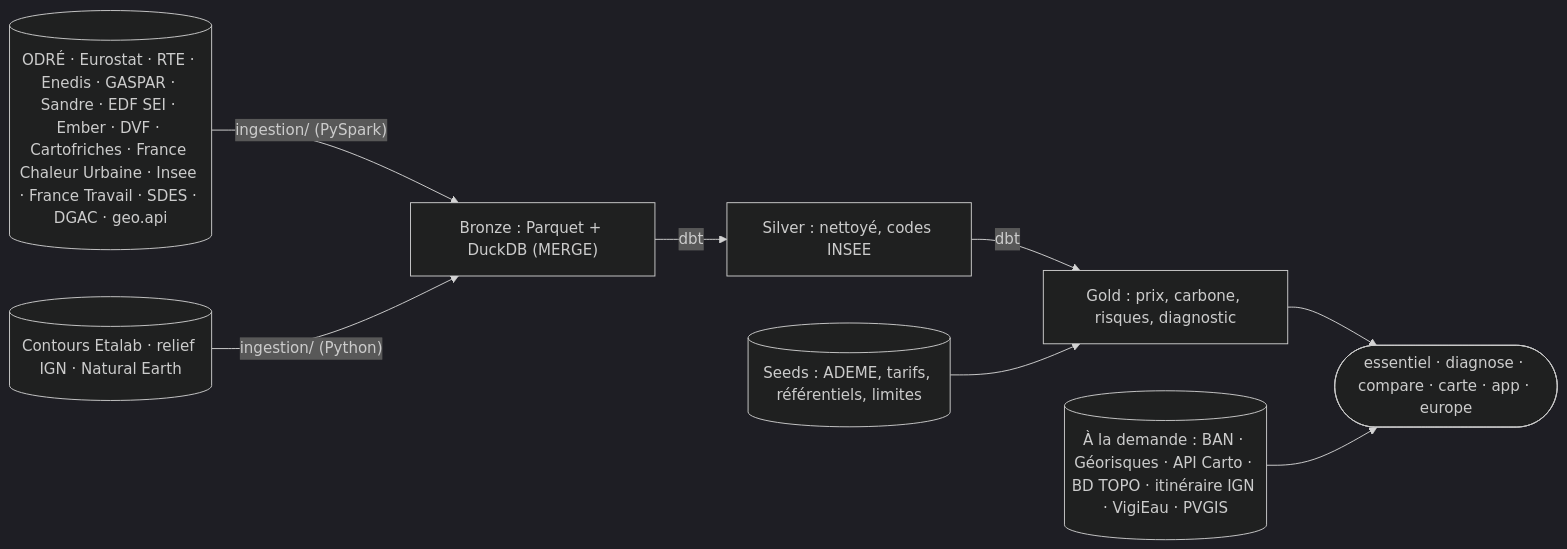
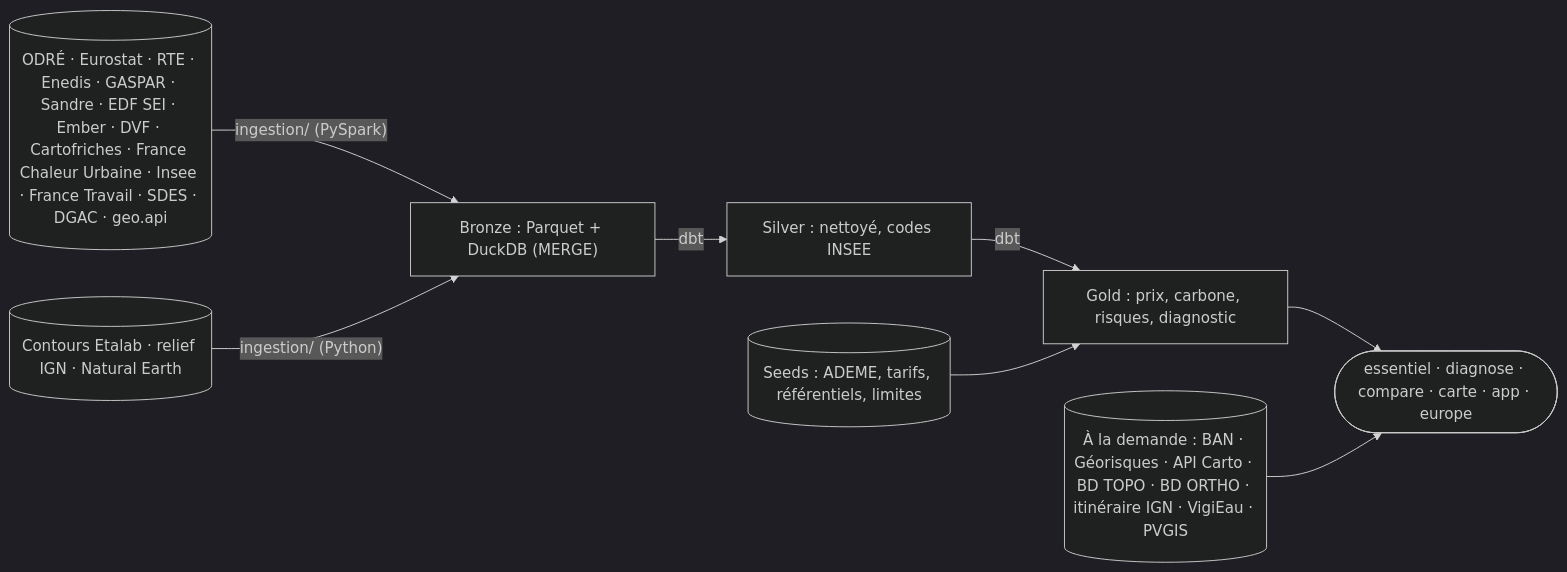
Before and after one commit to Elias-Ouafi/ou-brancher-mon-entreprise: the diagram in README.md, drawn with Mermaid (dark theme). The commit also changed other lines of this file and 11 other files, not shown here.

First line of the commit message:
Rapport : vue aérienne datée du site (BD ORTHO), à la demande

````diff
--- a/README.md
+++ b/README.md
@@ -267,10 +267,10 @@
 ```mermaid
 flowchart LR
     SRC[("ODRÉ · Eurostat · RTE · Enedis · GASPAR · Sandre · EDF SEI · Ember · DVF · Cartofriches · France Chaleur Urbaine · Insee · France Travail · SDES · DGAC · geo.api")] -->|"ingestion/ (PySpark)"| B["Bronze : Parquet + DuckDB (MERGE)"]
     B -->|dbt| S["Silver : nettoyé, codes INSEE"]
     S -->|dbt| G["Gold : prix, carbone, risques, diagnostic"]
     SEEDS[("Seeds : ADEME, tarifs, référentiels, limites")] --> G
     GEO[("Contours Etalab · relief IGN · Natural Earth")] -->|"ingestion/ (Python)"| B
     G --> CLI(["essentiel · diagnose · compare · carte · app · europe"])
-    BAN[("À la demande : BAN · Géorisques · API Carto · BD TOPO · itinéraire IGN · VigiEau · PVGIS")] --> CLI
+    BAN[("À la demande : BAN · Géorisques · API Carto · BD TOPO · BD ORTHO · itinéraire IGN · VigiEau · PVGIS")] --> CLI
 ```
````
